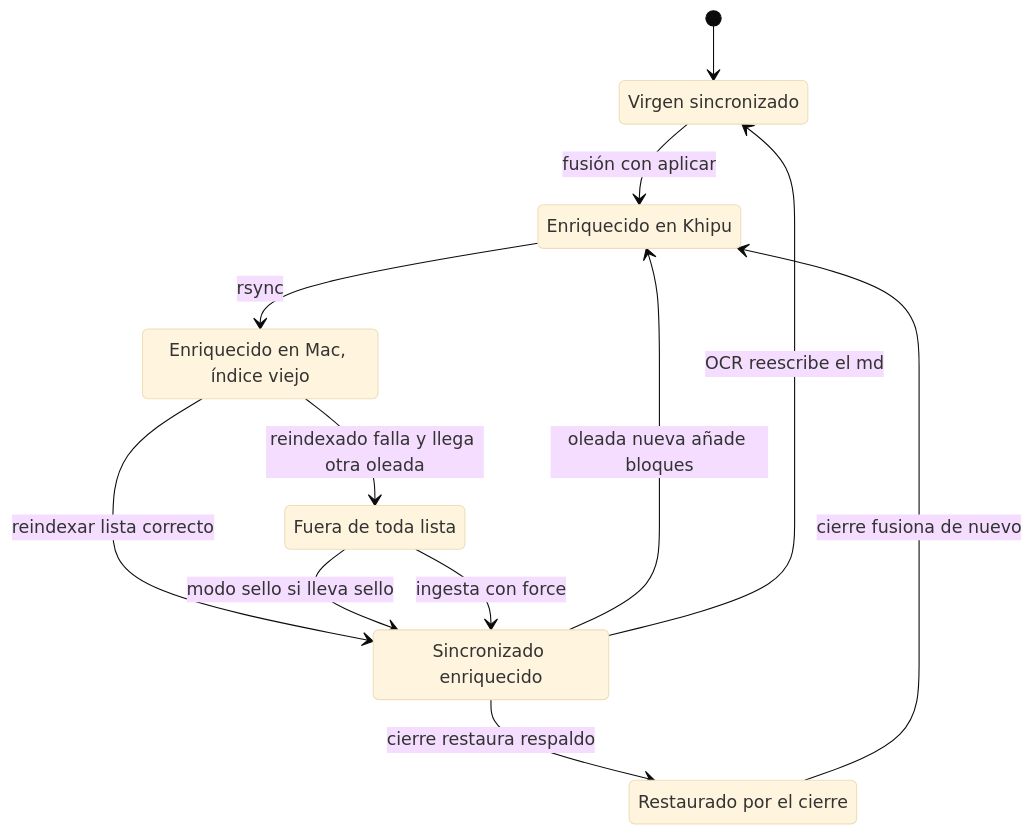
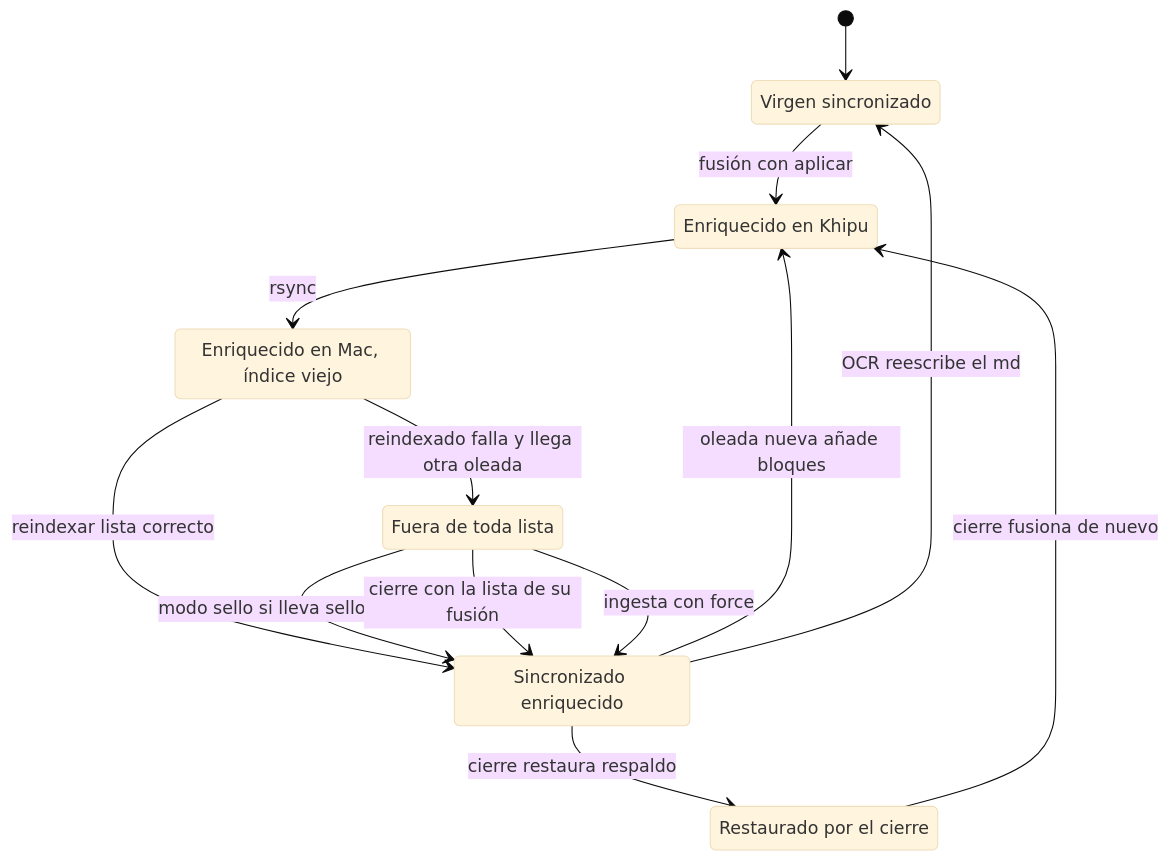
Before and after one commit to s110/sein_free_users_contracts_rag: the second of 14 diagrams in docs/MAQUINAS_DE_ESTADO.md, drawn with Mermaid (base theme). The commit also changed other lines of this file, not shown here.

````diff
--- a/docs/MAQUINAS_DE_ESTADO.md
+++ b/docs/MAQUINAS_DE_ESTADO.md
@@ -153,20 +165,21 @@
 ```mermaid
 stateDiagram-v2
     state "Virgen sincronizado" as V0
     state "Enriquecido en Khipu" as K1
     state "Enriquecido en Mac, índice viejo" as M1
     state "Sincronizado enriquecido" as S
     state "Fuera de toda lista" as P
     state "Restaurado por el cierre" as R
     [*] --> V0
     V0 --> K1: fusión con aplicar
     K1 --> M1: rsync
     M1 --> S: reindexar lista correcto
     M1 --> P: reindexado falla y llega otra oleada
     P --> S: modo sello si lleva sello
+    P --> S: cierre con la lista de su fusión
     P --> S: ingesta con force
     S --> K1: oleada nueva añade bloques
     S --> R: cierre restaura respaldo
     R --> K1: cierre fusiona de nuevo
     S --> V0: OCR reescribe el md
 ```
````
